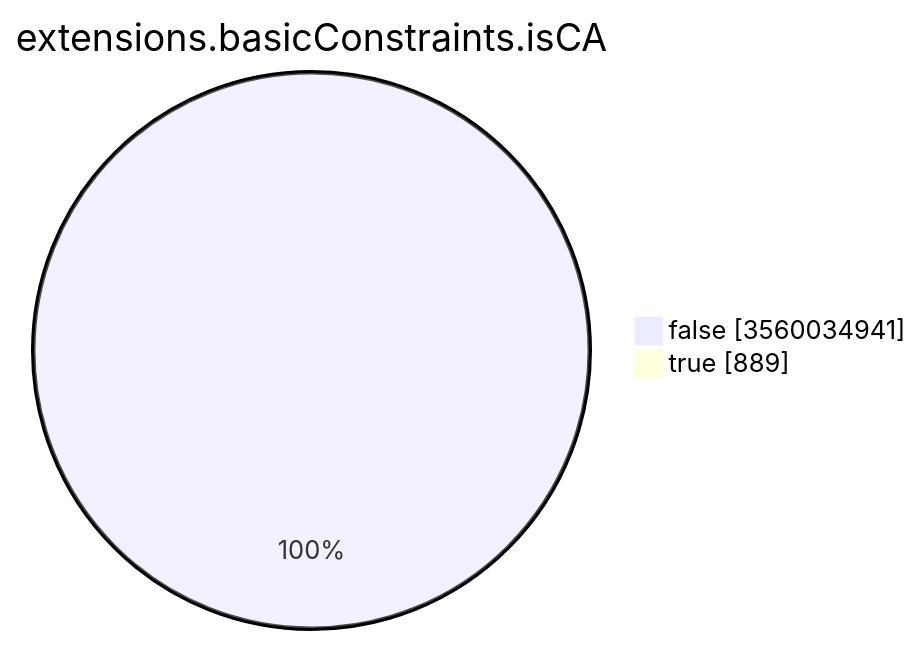
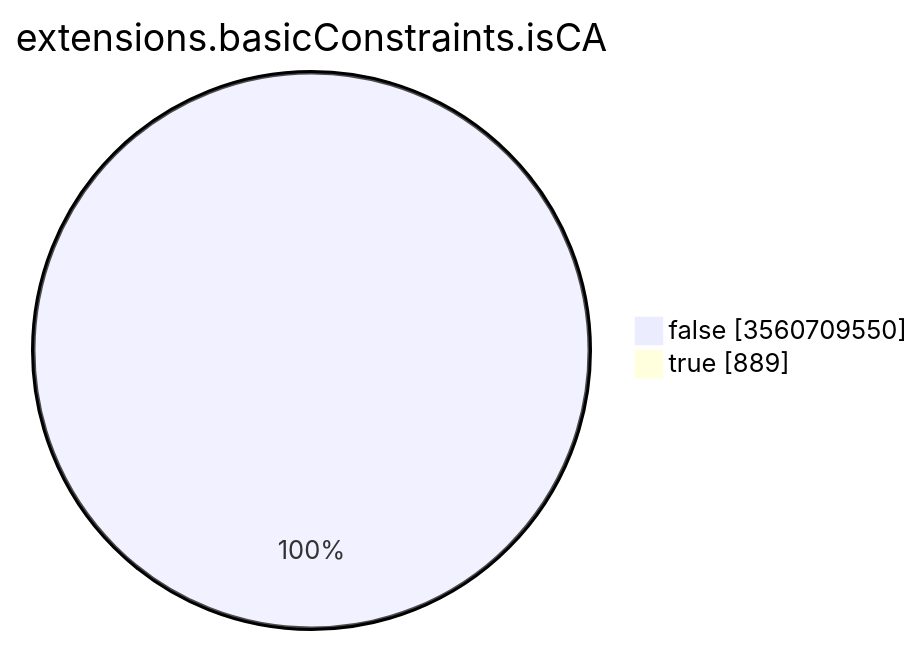
One commit to christiankrug/ctmonitor_visualization changed the seventh of 15 diagrams in TOTAL/README.md. Above: the diagram before and after it, drawn with Mermaid. The commit also changed other lines of this file, not shown here.

````diff
--- a/TOTAL/README.md
+++ b/TOTAL/README.md
@@ -3094,6 +3094,6 @@
 ```mermaid
 pie showData
 title extensions.basicConstraints.isCA
-"false" :3560034941
+"false" :3560709550
 "true" :889
 ```
````
